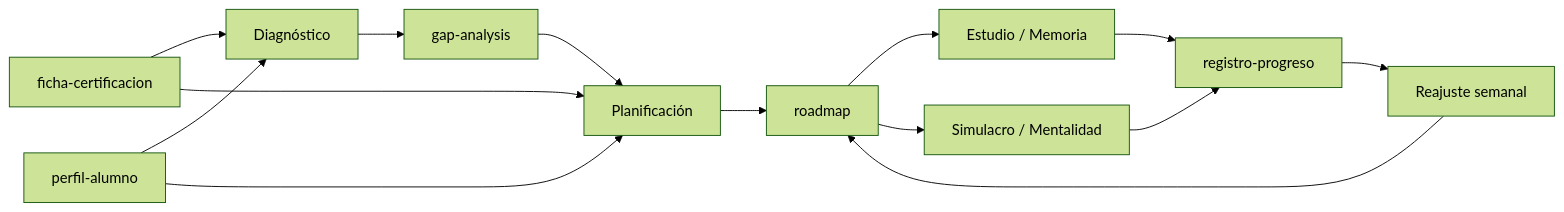
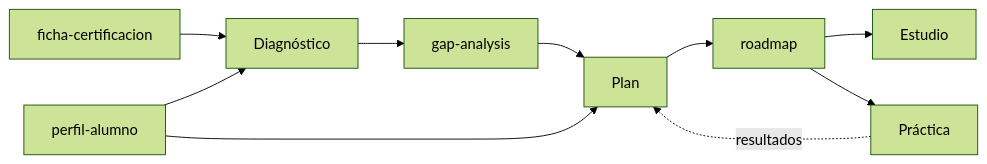
Before and after one commit to kasiuTech/estudia-certificaciones-con-ia: the diagram in README.md, drawn with Mermaid (forest theme). The commit also changed other lines of this file and 10 other files, not shown here.

````diff
--- a/README.md
+++ b/README.md
@@ -44,16 +42,12 @@
 ```mermaid
 flowchart LR
     F[ficha-certificacion] --> D[Diagnóstico]
     P[perfil-alumno] --> D
     D --> G[gap-analysis]
-    G --> PL[Planificación]
+    G --> PL[Plan]
     P --> PL
-    F --> PL
     PL --> R[roadmap]
-    R --> E[Estudio / Memoria]
-    R --> S[Simulacro / Mentalidad]
-    E --> REG[registro-progreso]
-    S --> REG
-    REG --> RJ[Reajuste semanal]
-    RJ --> R
+    R --> E[Estudio]
+    R --> S[Práctica]
+    S -. resultados .-> PL
 ```
````
